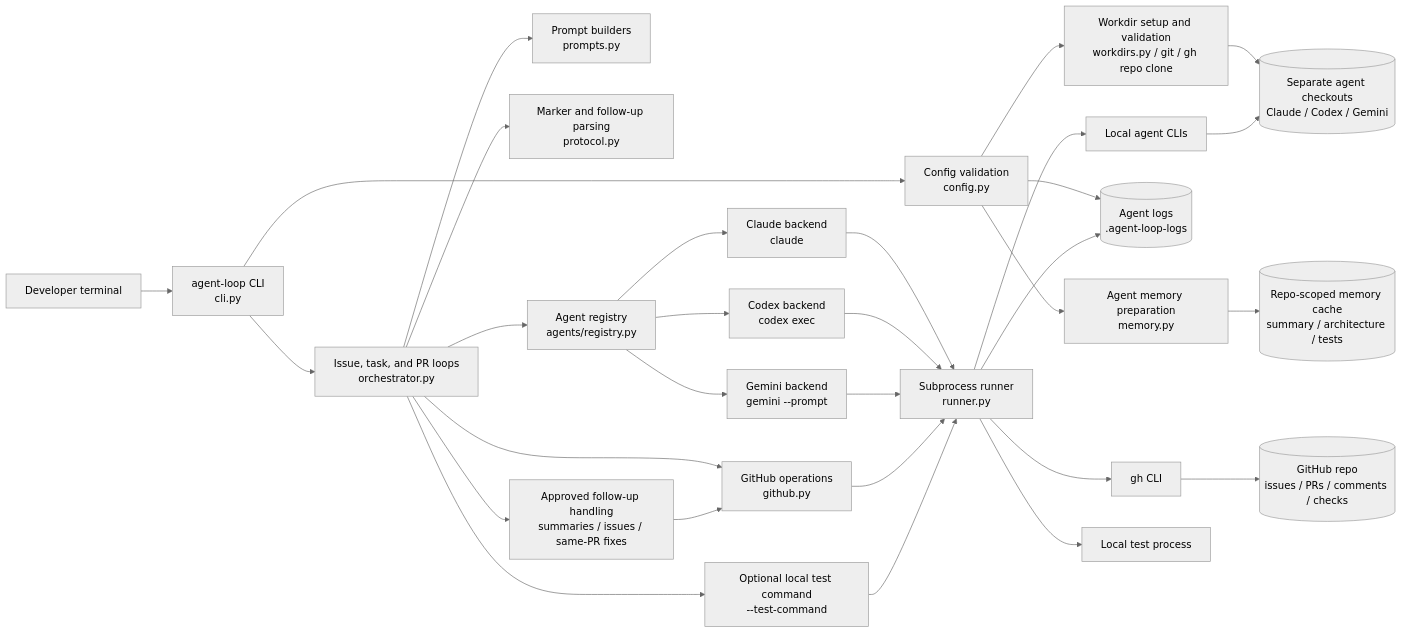
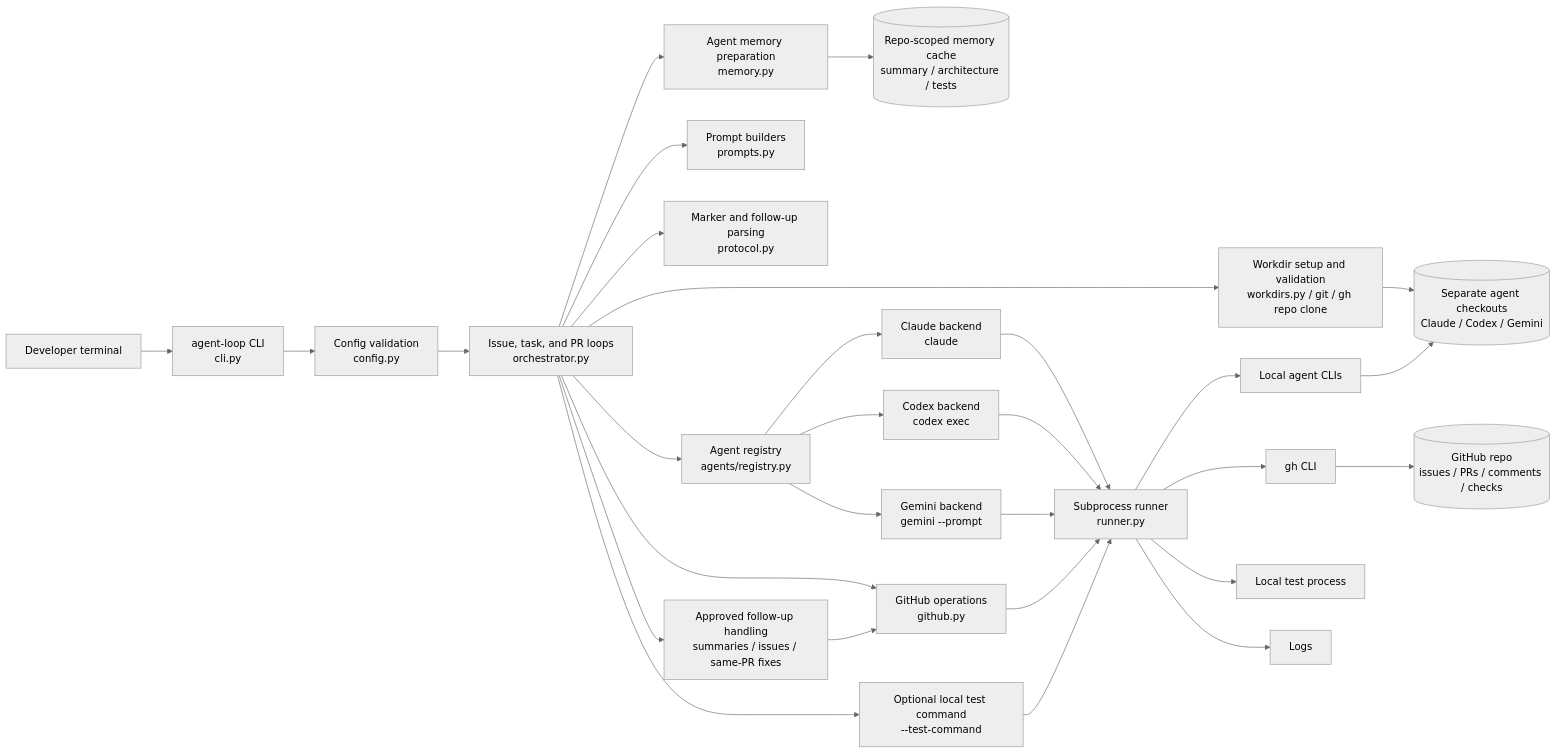
One commit to wwind123/coding-review-agent-loop changed the first of 2 diagrams in docs/local_agent_loop.md. Above: the diagram before and after it, drawn with Mermaid (neutral theme).

Commit message:
Fix architecture flowchart control flow

````diff
--- a/docs/local_agent_loop.md
+++ b/docs/local_agent_loop.md
@@ -21,39 +21,38 @@
 ```mermaid
 flowchart LR
     User[Developer terminal] --> CLI[agent-loop CLI<br/>cli.py]
     CLI --> Config[Config validation<br/>config.py]
-    CLI --> Orchestrator[Issue, task, and PR loops<br/>orchestrator.py]
+    Config --> Orchestrator[Issue, task, and PR loops<br/>orchestrator.py]
 
-    Config --> Workdirs[Workdir setup and validation<br/>workdirs.py / git / gh repo clone]
-    Config --> Memory[Agent memory preparation<br/>memory.py]
-    Config --> Logs[(Agent logs<br/>.agent-loop-logs)]
+    Orchestrator --> Workdirs[Workdir setup and validation<br/>workdirs.py / git / gh repo clone]
+    Orchestrator --> Memory[Agent memory preparation<br/>memory.py]
 
     Workdirs --> AgentDirs[(Separate agent checkouts<br/>Claude / Codex / Gemini)]
     Memory --> MemoryCache[(Repo-scoped memory cache<br/>summary / architecture / tests)]
 
     Orchestrator --> Prompts[Prompt builders<br/>prompts.py]
     Orchestrator --> Protocol[Marker and follow-up parsing<br/>protocol.py]
     Orchestrator --> Registry[Agent registry<br/>agents/registry.py]
     Orchestrator --> GitHubOps[GitHub operations<br/>github.py]
     Orchestrator --> OptionalTests[Optional local test command<br/>--test-command]
     Orchestrator --> Followups[Approved follow-up handling<br/>summaries / issues / same-PR fixes]
 
     Registry --> Claude[Claude backend<br/>claude]
     Registry --> Codex[Codex backend<br/>codex exec]
     Registry --> Gemini[Gemini backend<br/>gemini --prompt]
 
     Claude --> Runner[Subprocess runner<br/>runner.py]
     Codex --> Runner
     Gemini --> Runner
     GitHubOps --> Runner
     OptionalTests --> Runner
 
     Runner --> AgentCLIs[Local agent CLIs]
     Runner --> GhCLI[gh CLI]
     Runner --> TestCmd[Local test process]
     Runner --> Logs
 
     AgentCLIs --> AgentDirs
     GhCLI --> GitHub[(GitHub repo<br/>issues / PRs / comments / checks)]
     Followups --> GitHubOps
 ```
````
